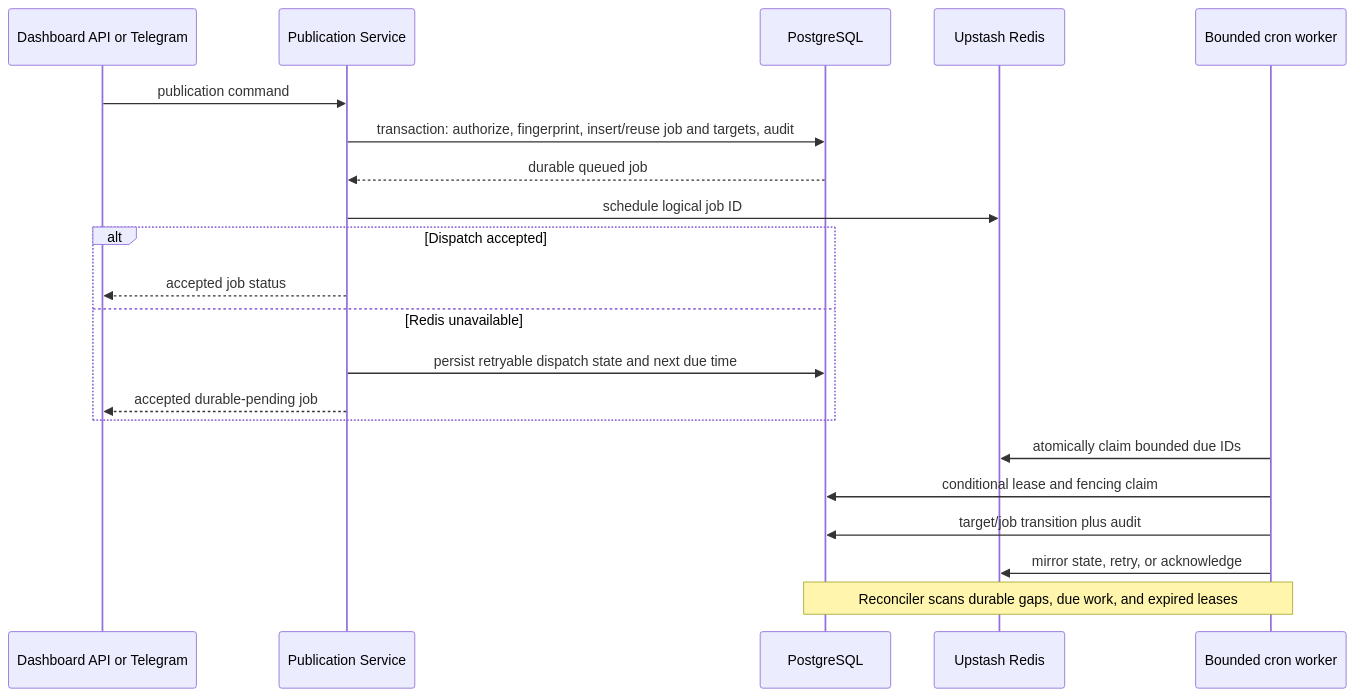
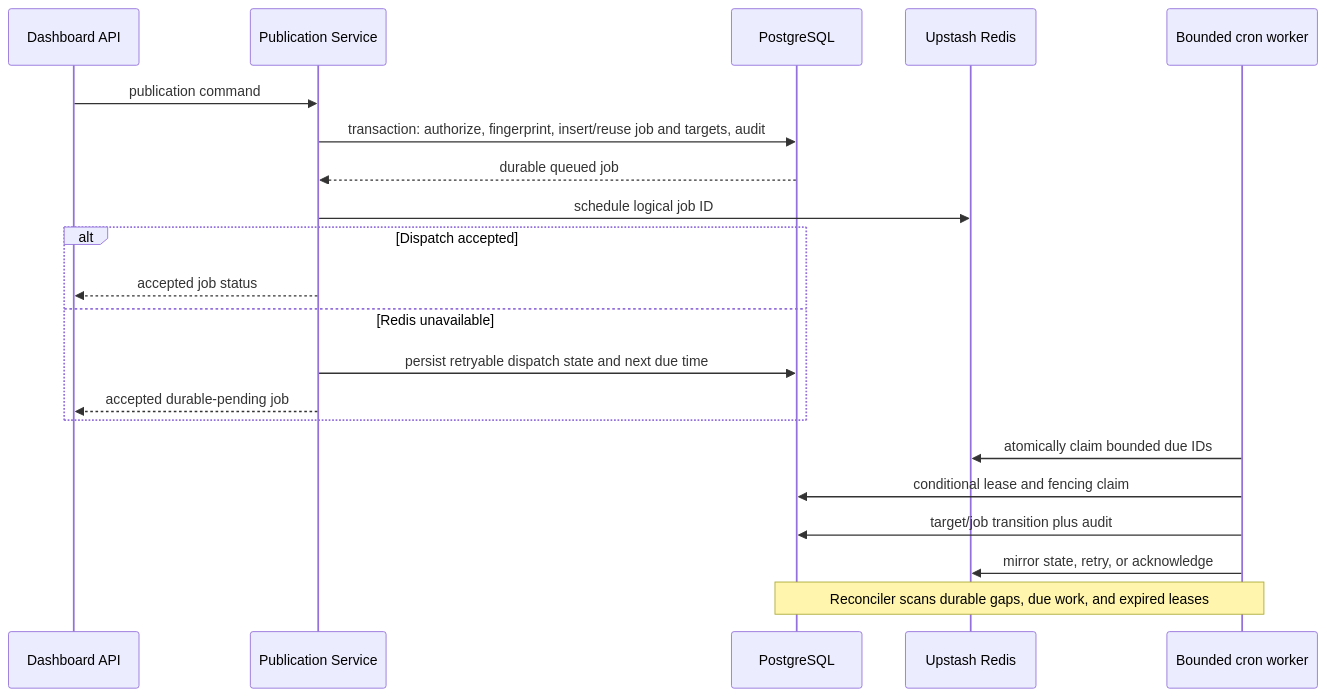
Before and after one commit to idugeni/indicate: the third of 3 diagrams in docs/architecture.md, drawn with Mermaid. The commit also changed other lines of this file and 109 other files, not shown here.

````diff
--- a/docs/architecture.md
+++ b/docs/architecture.md
@@ -259,24 +256,24 @@
 ```mermaid
 sequenceDiagram
-    participant T as Dashboard API or Telegram
+    participant T as Dashboard API
     participant P as Publication Service
     participant DB as PostgreSQL
     participant R as Upstash Redis
     participant W as Bounded cron worker
 
     T->>P: publication command
     P->>DB: transaction: authorize, fingerprint, insert/reuse job and targets, audit
     DB-->>P: durable queued job
     P->>R: schedule logical job ID
     alt Dispatch accepted
       P-->>T: accepted job status
     else Redis unavailable
       P->>DB: persist retryable dispatch state and next due time
       P-->>T: accepted durable-pending job
     end
     W->>R: atomically claim bounded due IDs
     W->>DB: conditional lease and fencing claim
     W->>DB: target/job transition plus audit
     W->>R: mirror state, retry, or acknowledge
     Note over W,DB: Reconciler scans durable gaps, due work, and expired leases
 ```
````
